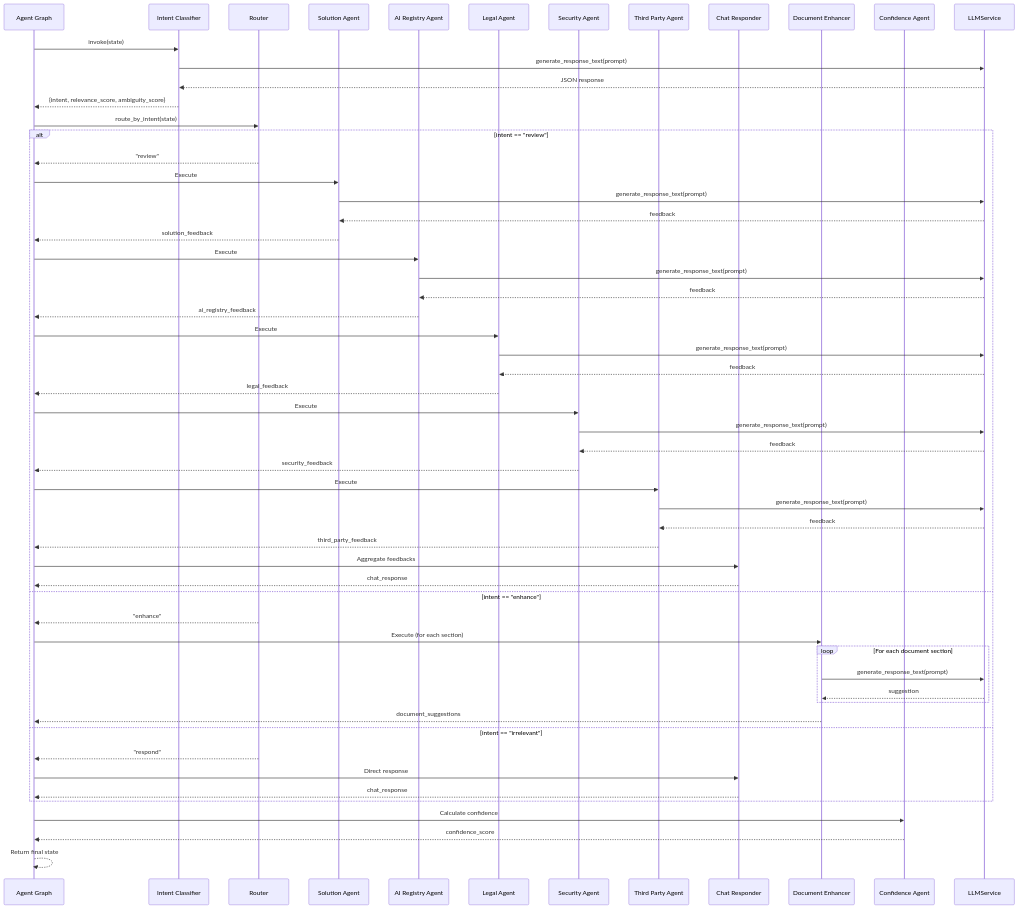
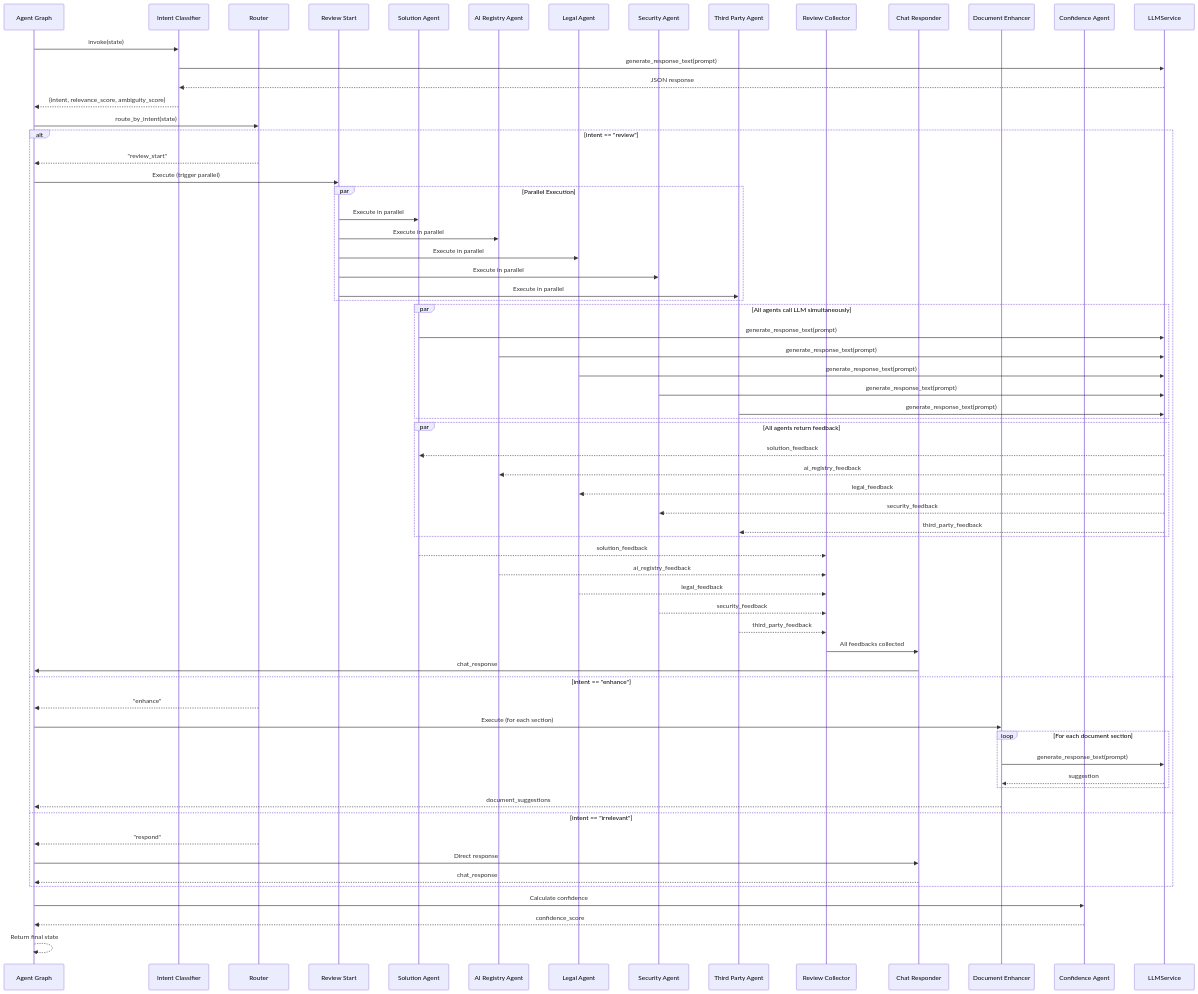
The third of 5 diagrams in AGENT_ARCHITECTURE.md (Harsha-Reddy21/multi-agent-idea-generator), drawn with Mermaid before and after one commit. The commit also changed other lines of this file and 2 other files, not shown here.

````diff
--- a/AGENT_ARCHITECTURE.md
+++ b/AGENT_ARCHITECTURE.md
@@ -101,71 +120,80 @@
 ```mermaid
 sequenceDiagram
     participant Graph as Agent Graph
     participant IC as Intent Classifier
     participant Router as Router
+    participant RS as Review Start
     participant SA as Solution Agent
     participant AA as AI Registry Agent
     participant LA as Legal Agent
     participant SEA as Security Agent
     participant TA as Third Party Agent
+    participant RC as Review Collector
     participant CR as Chat Responder
     participant ENH as Document Enhancer
     participant CA as Confidence Agent
     participant LLM as LLMService
     
     Graph->>IC: invoke(state)
     IC->>LLM: generate_response_text(prompt)
     LLM-->>IC: JSON response
     IC-->>Graph: {intent, relevance_score, ambiguity_score}
     
     Graph->>Router: route_by_intent(state)
     
     alt intent == "review"
-        Router-->>Graph: "review"
-        Graph->>SA: Execute
-        SA->>LLM: generate_response_text(prompt)
-        LLM-->>SA: feedback
-        SA-->>Graph: solution_feedback
+        Router-->>Graph: "review_start"
+        Graph->>RS: Execute (trigger parallel)
         
-        Graph->>AA: Execute
-        AA->>LLM: generate_response_text(prompt)
-        LLM-->>AA: feedback
-        AA-->>Graph: ai_registry_feedback
+        par Parallel Execution
+            RS->>SA: Execute in parallel
+            RS->>AA: Execute in parallel
+            RS->>LA: Execute in parallel
+            RS->>SEA: Execute in parallel
+            RS->>TA: Execute in parallel
+        end
         
-        Graph->>LA: Execute
-        LA->>LLM: generate_response_text(prompt)
-        LLM-->>LA: feedback
-        LA-->>Graph: legal_feedback
+        par All agents call LLM simultaneously
+            SA->>LLM: generate_response_text(prompt)
+            AA->>LLM: generate_response_text(prompt)
+            LA->>LLM: generate_response_text(prompt)
+            SEA->>LLM: generate_response_text(prompt)
+            TA->>LLM: generate_response_text(prompt)
+        end
         
-        Graph->>SEA: Execute
-        SEA->>LLM: generate_response_text(prompt)
-        LLM-->>SEA: feedback
-        SEA-->>Graph: security_feedback
+        par All agents return feedback
+            LLM-->>SA: solution_feedback
+            LLM-->>AA: ai_registry_feedback
+            LLM-->>LA: legal_feedback
+            LLM-->>SEA: security_feedback
+            LLM-->>TA: third_party_feedback
+        end
         
-        Graph->>TA: Execute
-        TA->>LLM: generate_response_text(prompt)
-        LLM-->>TA: feedback
-        TA-->>Graph: third_party_feedback
+        SA-->>RC: solution_feedback
+        AA-->>RC: ai_registry_feedback
+        LA-->>RC: legal_feedback
+        SEA-->>RC: security_feedback
+        TA-->>RC: third_party_feedback
         
-        Graph->>CR: Aggregate feedbacks
-        CR-->>Graph: chat_response
+        RC->>CR: All feedbacks collected
+        CR->>Graph: chat_response
         
     else intent == "enhance"
         Router-->>Graph: "enhance"
         Graph->>ENH: Execute (for each section)
         loop For each document section
             ENH->>LLM: generate_response_text(prompt)
             LLM-->>ENH: suggestion
         end
         ENH-->>Graph: document_suggestions
         
     else intent == "irrelevant"
         Router-->>Graph: "respond"
         Graph->>CR: Direct response
         CR-->>Graph: chat_response
     end
     
     Graph->>CA: Calculate confidence
     CA-->>Graph: confidence_score
     Graph-->>Graph: Return final state
 ```
````
